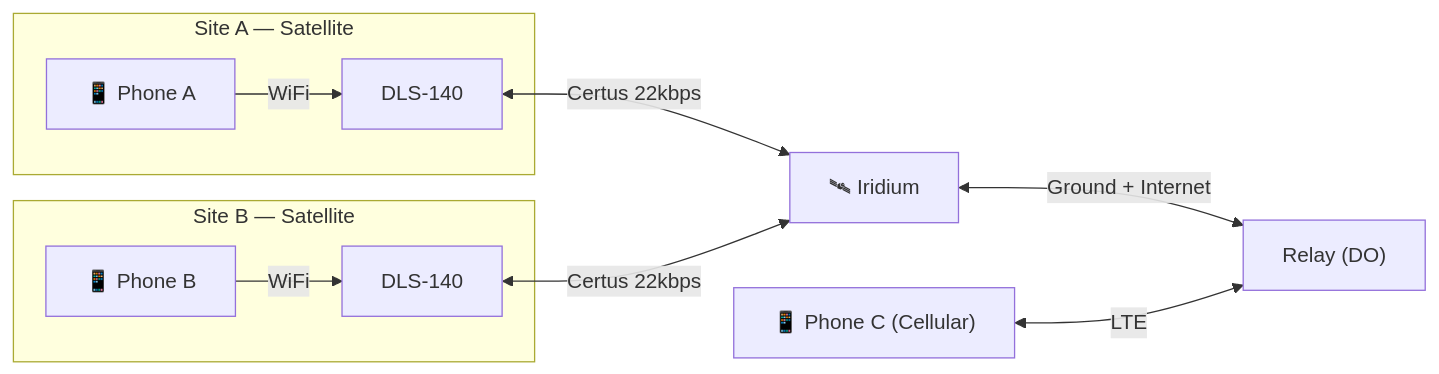
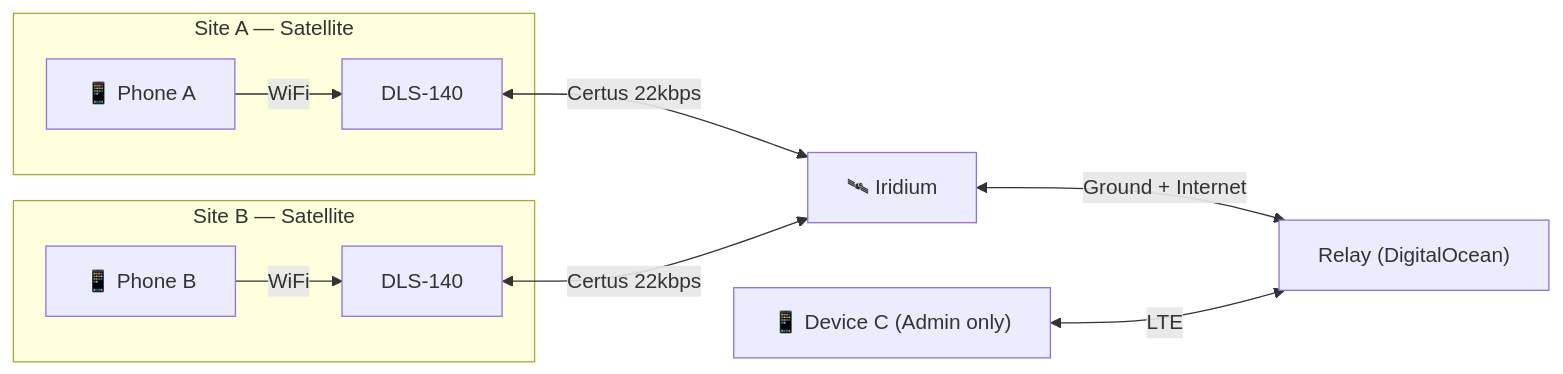
The first of 4 diagrams in docs/presentation/slides.md (anakafeel/TheForbiddenLAN), drawn with Mermaid before and after one commit. The commit also changed other lines of this file, not shown here.

````diff
--- a/docs/presentation/slides.md
+++ b/docs/presentation/slides.md
@@ -133,13 +132,13 @@
 ```mermaid
 flowchart LR
   subgraph SiteA["Site A — Satellite"]
     PhoneA["📱 Phone A"] -->|WiFi| DLSA["DLS-140"]
   end
   subgraph SiteB["Site B — Satellite"]
     PhoneB["📱 Phone B"] -->|WiFi| DLSB["DLS-140"]
   end
   DLSA <-->|"Certus 22kbps"| Sat["🛰 Iridium"]
   DLSB <-->|"Certus 22kbps"| Sat
-  Sat <-->|"Ground + Internet"| Relay["Relay (DO)"]
-  PhoneC["📱 Phone C (Cellular)"] <-->|LTE| Relay
+  Sat <-->|"Ground + Internet"| Relay["Relay (DigitalOcean)"]
+  PhoneC["📱 Device C (Admin only)"] <-->|LTE| Relay
 ```
````
